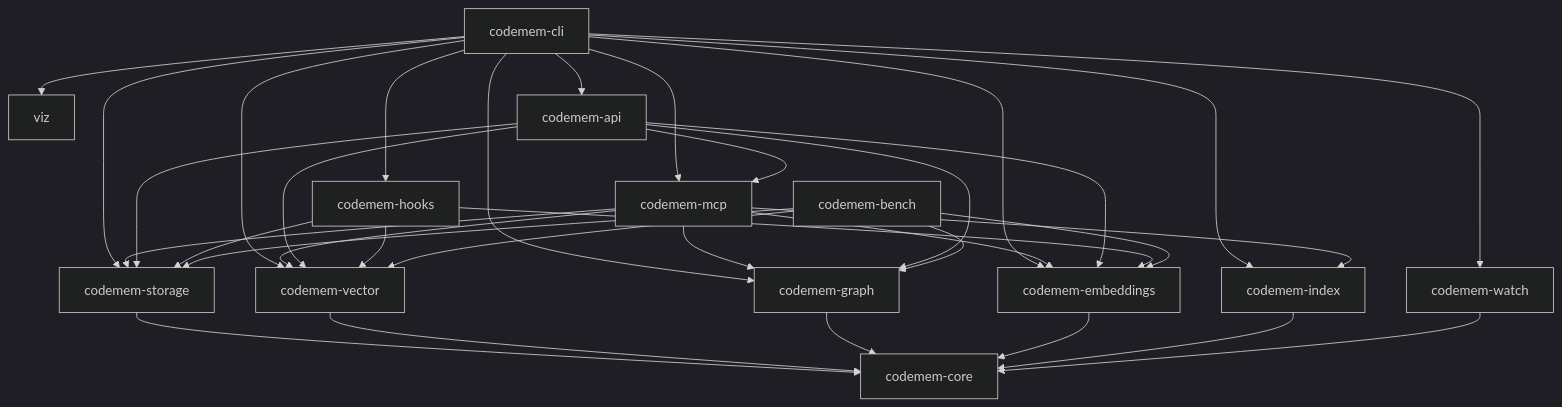
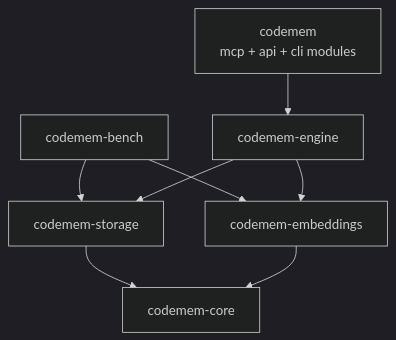
Before and after one commit to cogniplex/codemem: the second of 10 diagrams in docs/architecture.md, drawn with Mermaid (dark theme). The commit also changed other lines of this file and 4 other files, not shown here.

````diff
--- a/docs/architecture.md
+++ b/docs/architecture.md
@@ -86,21 +81,13 @@
 ```mermaid
 flowchart TD
-    cli[codemem-cli]
+    codemem[codemem<br/>mcp + api + cli modules]
 
-    cli --> mcp & hooks & viz & watch & index & api
-    cli --> storage & vector & graphCrate & embeddings
+    codemem --> engine
+    bench[codemem-bench] --> storage & embeddings
 
-    mcp[codemem-mcp] --> storage & vector & graphCrate & embeddings & index
-    api[codemem-api] --> mcp & storage & vector & graphCrate & embeddings
-    hooks[codemem-hooks] --> storage & vector & embeddings
-    bench[codemem-bench] --> storage & vector & graphCrate & embeddings
-
+    engine[codemem-engine] --> storage & embeddings
     storage[codemem-storage] --> core
-    vector[codemem-vector] --> core
-    graphCrate[codemem-graph] --> core
     embeddings[codemem-embeddings] --> core
-    index[codemem-index] --> core
-    watch[codemem-watch] --> core
 
     core[codemem-core]
 ```
````
